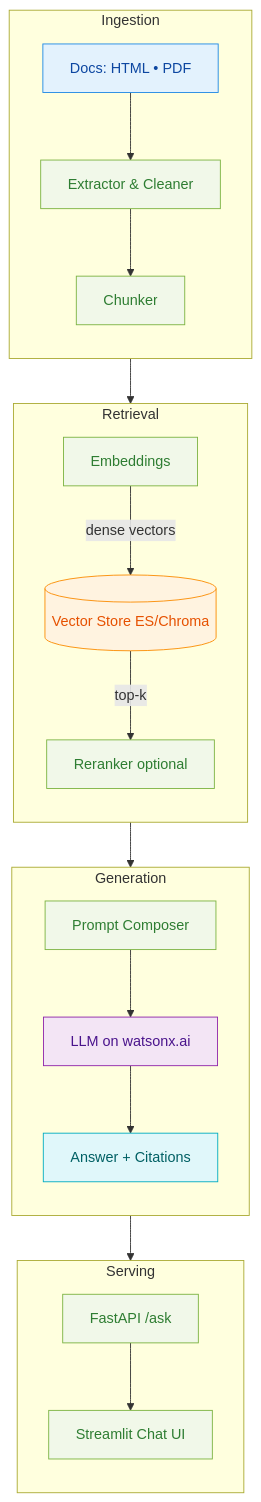
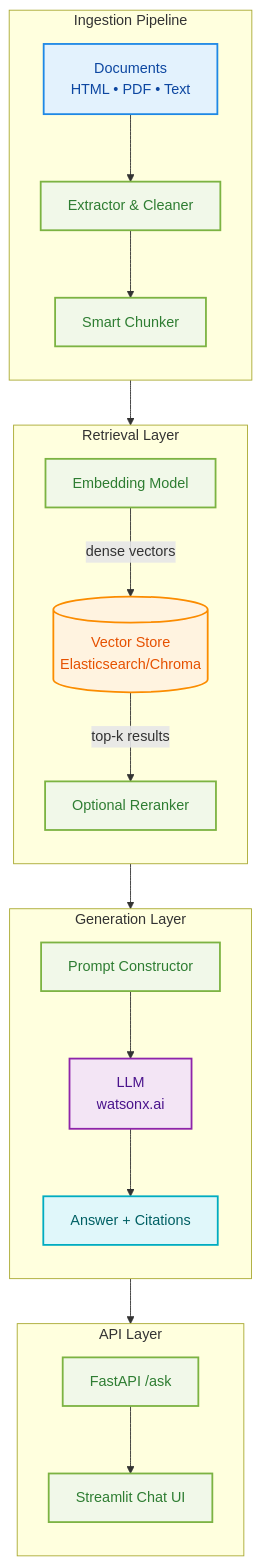
One commit to ruslanmv/watsonx-workshop changed the diagram in docs/index.md. Above: the diagram before and after it, drawn with Mermaid. The commit also changed other lines of this file and 2 other files, not shown here.

````diff
--- a/docs/index.md
+++ b/docs/index.md
@@ -170,31 +166,40 @@
 ```mermaid
 flowchart TD
-  subgraph ING[Ingestion]
+  subgraph ING[Ingestion Pipeline]
     direction TB
-    A[Docs: HTML • PDF] --> B[Extractor & Cleaner]
-    B --> C[Chunker]
+    A[Documents<br/>HTML • PDF • Text] --> B[Extractor & Cleaner]
+    B --> C[Smart Chunker]
   end
-  subgraph RET[Retrieval]
+
+  subgraph RET[Retrieval Layer]
     direction TB
-    C --> D[Embeddings]
-    D -->|dense vectors| E[(Vector Store ES/Chroma)]
-    E -->|top-k| F[Reranker optional]
+    C --> D[Embedding Model]
+    D -->|dense vectors| E[(Vector Store<br/>Elasticsearch/Chroma)]
+    E -->|top-k results| F[Optional Reranker]
   end
-  subgraph GEN[Generation]
+
+  subgraph GEN[Generation Layer]
     direction TB
-    F --> G[Prompt Composer]
-    G --> H[LLM on watsonx.ai]
+    F --> G[Prompt Constructor]
+    G --> H[LLM<br/>watsonx.ai]
     H --> I[Answer + Citations]
   end
-  subgraph SRV[Serving]
+
+  subgraph SRV[API Layer]
     direction TB
     I --> J[FastAPI /ask]
     J --> K[Streamlit Chat UI]
   end
-  classDef source fill:#E3F2FD,stroke:#1E88E5,color:#0D47A1,stroke-width:1px;
-  classDef process fill:#F1F8E9,stroke:#7CB342,color:#2E7D32,stroke-width:1px;
-  classDef store fill:#FFF3E0,stroke:#FB8C00,color:#E65100,stroke-width:1px;
-  classDef model fill:#F3E5F5,stroke:#8E24AA,color:#4A148C,stroke-width:1px;
-  classDef output fill:#E0F7FA,stroke:#00ACC1,color:#006064,stroke-width:1px;
-  class A source; class B,C,D,F,G,J,K process; class E store; class H model; class I output;
+
+  classDef source fill:#E3F2FD,stroke:#1E88E5,color:#0D47A1,stroke-width:2px;
+  classDef process fill:#F1F8E9,stroke:#7CB342,color:#2E7D32,stroke-width:2px;
+  classDef store fill:#FFF3E0,stroke:#FB8C00,color:#E65100,stroke-width:2px;
+  classDef model fill:#F3E5F5,stroke:#8E24AA,color:#4A148C,stroke-width:2px;
+  classDef output fill:#E0F7FA,stroke:#00ACC1,color:#006064,stroke-width:2px;
+
+  class A source;
+  class B,C,D,F,G,J,K process;
+  class E store;
+  class H model;
+  class I output;
 ```
````
